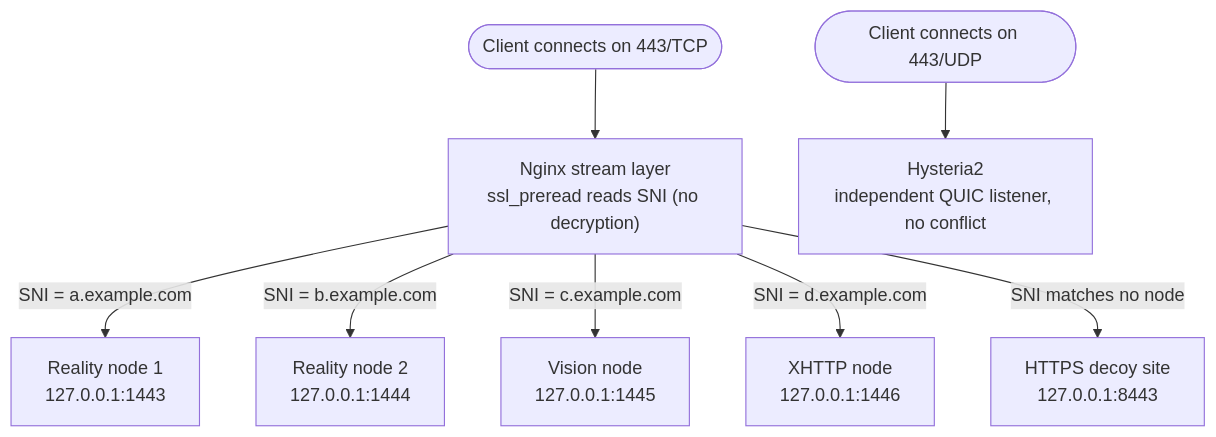
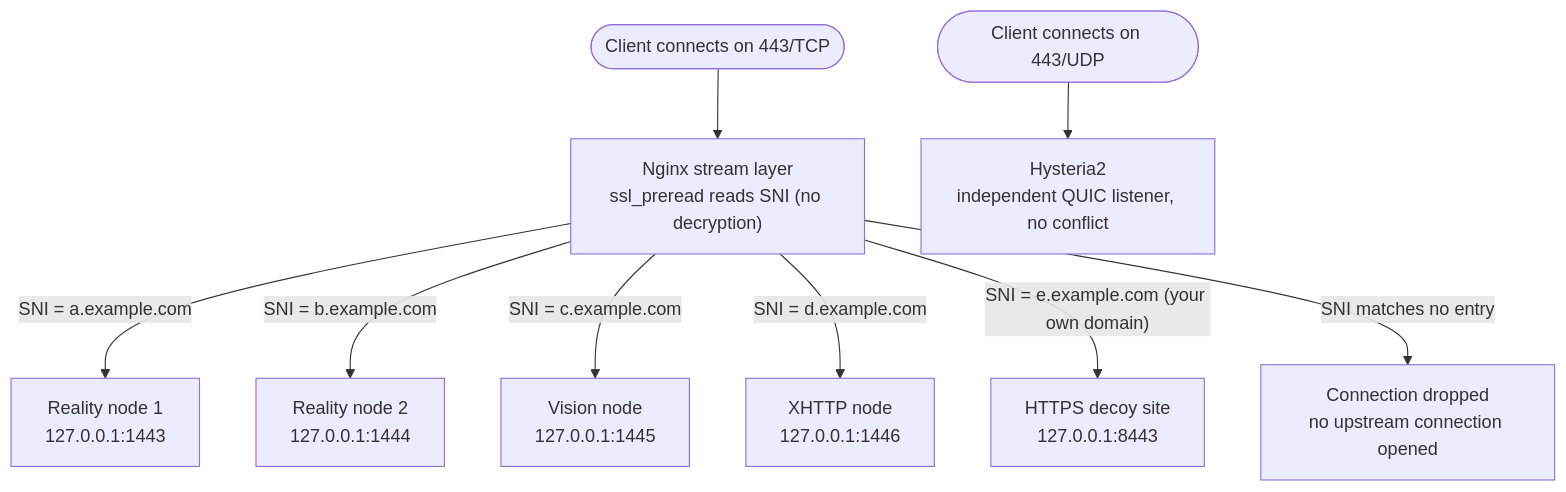
The diagram in README_EN.md (jinqians/proxy-stack), drawn with Mermaid before and after one commit. The commit also changed other lines of this file and 3 other files, not shown here.

````diff
--- a/README_EN.md
+++ b/README_EN.md
@@ -64,12 +64,13 @@
 ```mermaid
 flowchart TD
     A(["Client connects on 443/TCP"]) --> B["Nginx stream layer<br/>ssl_preread reads SNI (no decryption)"]
 
     B -->|"SNI = a.example.com"| C1["Reality node 1<br/>127.0.0.1:1443"]
     B -->|"SNI = b.example.com"| C2["Reality node 2<br/>127.0.0.1:1444"]
     B -->|"SNI = c.example.com"| D["Vision node<br/>127.0.0.1:1445"]
     B -->|"SNI = d.example.com"| E["XHTTP node<br/>127.0.0.1:1446"]
-    B -->|"SNI matches no node"| F["HTTPS decoy site<br/>127.0.0.1:8443"]
+    B -->|"SNI = e.example.com (your own domain)"| F["HTTPS decoy site<br/>127.0.0.1:8443"]
+    B -->|"SNI matches no entry"| X["Connection dropped<br/>no upstream connection opened"]
 
     G(["Client connects on 443/UDP"]) --> H["Hysteria2<br/>independent QUIC listener, no conflict"]
 ```
````
